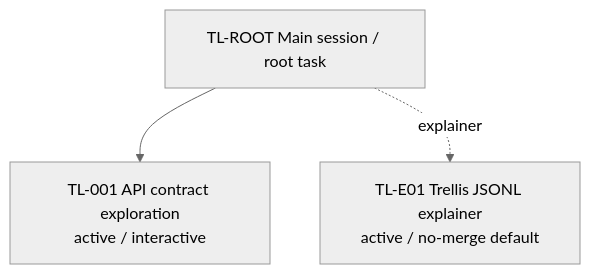
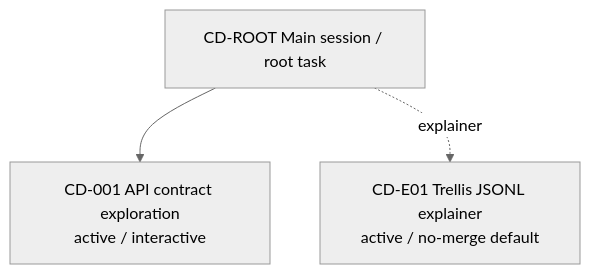
One commit to Jinghao67/conductor changed the diagram in examples/branch-map.md. Above: the diagram before and after it, drawn with Mermaid (neutral theme). The commit also changed other lines of this file and 16 other files, not shown here.

````diff
--- a/examples/branch-map.md
+++ b/examples/branch-map.md
@@ -21,9 +21,9 @@
 ```mermaid
 flowchart TD
-  ROOT["TL-ROOT Main session / root task"]
-  B1["TL-001 API contract exploration<br/>active / interactive"]
-  E1["TL-E01 Trellis JSONL explainer<br/>active / no-merge default"]
+  ROOT["CD-ROOT Main session / root task"]
+  B1["CD-001 API contract exploration<br/>active / interactive"]
+  E1["CD-E01 Trellis JSONL explainer<br/>active / no-merge default"]
 
   ROOT --> B1
   ROOT -. explainer .-> E1
 ```
````
